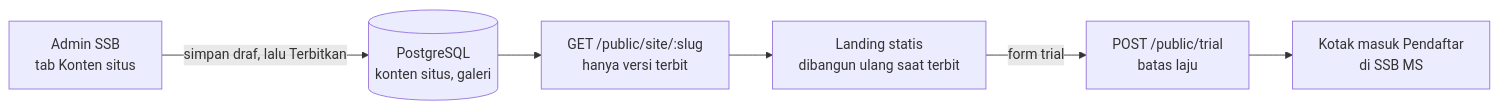
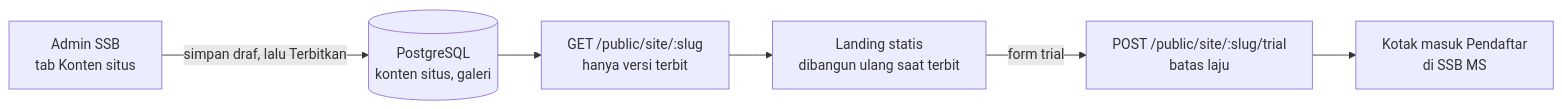
Before and after one commit to sanzuke/ssb-management-system: the diagram in docs/profil.md, drawn with Mermaid. The commit also changed other lines of this file and 14 other files, not shown here.

````diff
--- a/docs/profil.md
+++ b/docs/profil.md
@@ -15,8 +15,8 @@
 ```mermaid
 flowchart LR
   A["Admin SSB<br/>tab Konten situs"] -->|simpan draf, lalu Terbitkan| B[("PostgreSQL<br/>konten situs, galeri")]
   B --> C["GET /public/site/:slug<br/>hanya versi terbit"]
   C --> D["Landing statis<br/>dibangun ulang saat terbit"]
-  D -->|form trial| E["POST /public/trial<br/>batas laju"]
+  D -->|form trial| E["POST /public/site/:slug/trial<br/>batas laju"]
   E --> F["Kotak masuk Pendaftar<br/>di SSB MS"]
 ```
````
